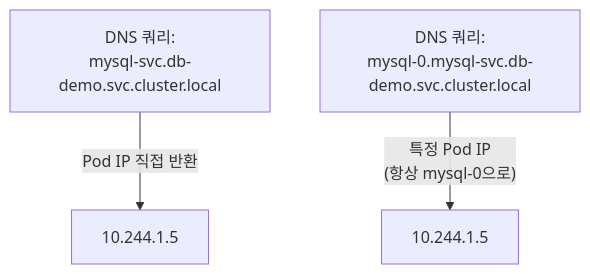
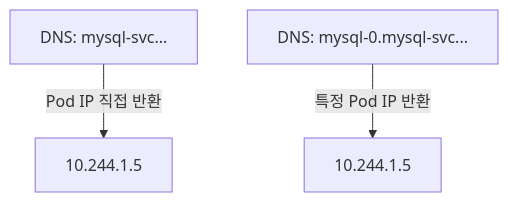
Before and after one commit to garlicKim21/kubernetes-onprem-training: the third of 3 diagrams in day2/ch10-db-on-k8s/README.md, drawn with Mermaid. The commit also changed other lines of this file and 6 other files, not shown here.

````diff
--- a/day2/ch10-db-on-k8s/README.md
+++ b/day2/ch10-db-on-k8s/README.md
@@ -69,5 +69,5 @@
 ```mermaid
 graph TD
-    dns1["DNS 쿼리:<br/>mysql-svc.db-demo.svc.cluster.local"] -- "Pod IP 직접 반환" --> ip1["10.244.1.5"]
-    dns2["DNS 쿼리:<br/>mysql-0.mysql-svc.db-demo.svc.cluster.local"] -- "특정 Pod IP<br/>(항상 mysql-0으로)" --> ip2["10.244.1.5"]
+    dns1["DNS: mysql-svc..."] -- "Pod IP 직접 반환" --> ip1["10.244.1.5"]
+    dns2["DNS: mysql-0.mysql-svc..."] -- "특정 Pod IP 반환" --> ip2["10.244.1.5"]
 ```
````
